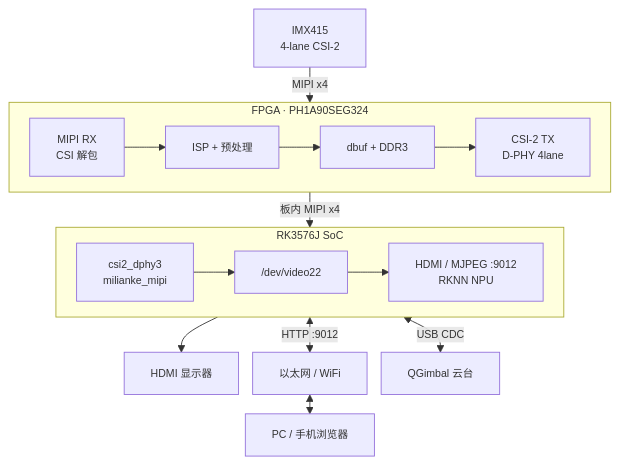
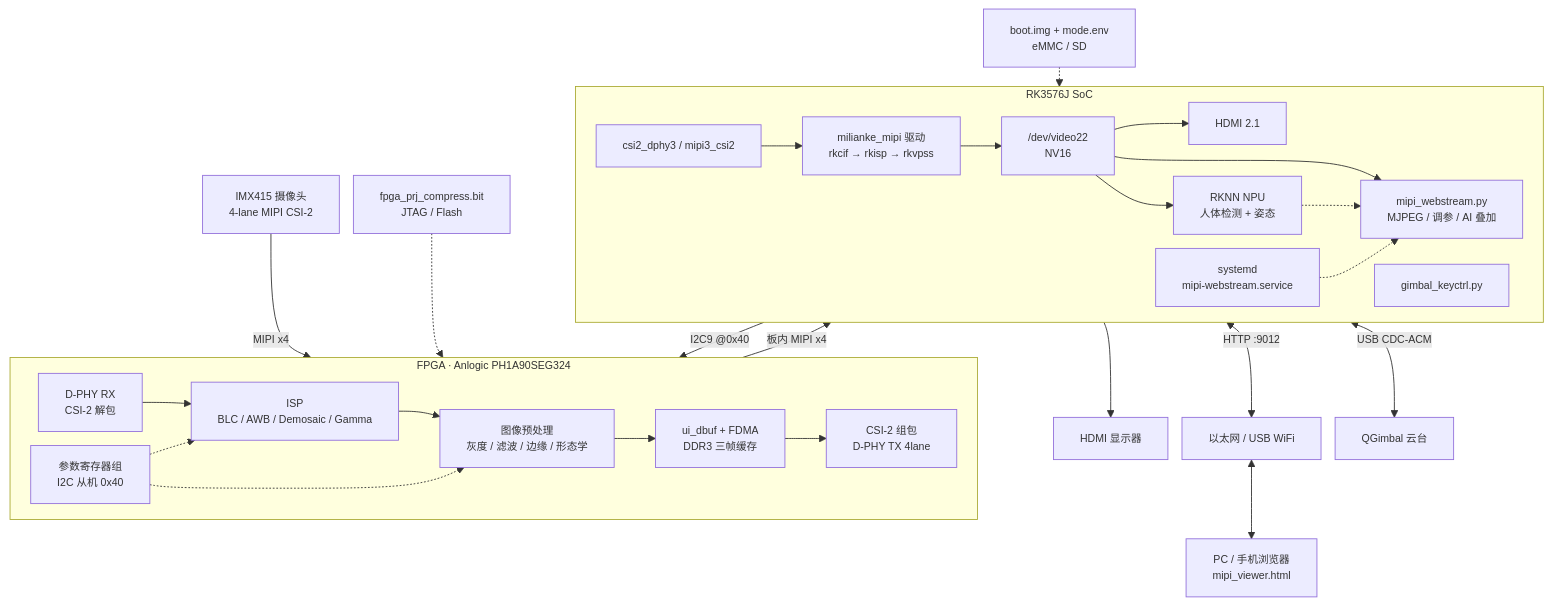
Before and after one commit to SHIKE888/CPA-Cloud-Patrol-Alarm: the first of 3 diagrams in README.md, drawn with Mermaid.

Commit message:
docs: 全系统结构框图恢复为上一版详细布局

````diff
--- a/README.md
+++ b/README.md
@@ -118,25 +118,37 @@
 ```mermaid
 %%{init: {"themeVariables":{"fontSize":"12px"},"flowchart":{"nodeSpacing":16,"rankSpacing":22}}}%%
 flowchart TB
-    CAM["IMX415<br/>4-lane CSI-2"]
+    CAM["IMX415 摄像头<br/>4-lane MIPI CSI-2"]
 
-    subgraph FPGA["FPGA · PH1A90SEG324"]
+    subgraph FPGA["FPGA · Anlogic PH1A90SEG324"]
         direction LR
-        RX["MIPI RX<br/>CSI 解包"] --> ISP["ISP + 预处理"]
-        ISP --> BUF["dbuf + DDR3"]
-        BUF --> TX["CSI-2 TX<br/>D-PHY 4lane"]
+        RX["D-PHY RX<br/>CSI-2 解包"] --> ISP["ISP<br/>BLC / AWB / Demosaic / Gamma"]
+        ISP --> PP["图像预处理<br/>灰度 / 滤波 / 边缘 / 形态学"]
+        PP --> BUF["ui_dbuf + FDMA<br/>DDR3 三帧缓存"]
+        BUF --> TX["CSI-2 组包<br/>D-PHY TX 4lane"]
+        REG["参数寄存器组<br/>I2C 从机 0x40"] -.-> ISP
+        REG -.-> PP
     end
 
     subgraph RK["RK3576J SoC"]
         direction LR
-        CSI["csi2_dphy3<br/>milianke_mipi"] --> V22["/dev/video22"]
-        V22 --> OUT["HDMI / MJPEG :9012<br/>RKNN NPU"]
+        CSI["csi2_dphy3 / mipi3_csi2"] --> DRV["milianke_mipi 驱动<br/>rkcif → rkisp → rkvpss"]
+        DRV --> V22["/dev/video22<br/>NV16"]
+        V22 --> HDMI["HDMI 2.1"]
+        V22 --> SVC["mipi_webstream.py<br/>MJPEG / 调参 / AI 叠加"]
+        V22 --> NPU["RKNN NPU<br/>人体检测 + 姿态"]
+        NPU -.-> SVC
+        GCTRL["gimbal_keyctrl.py"]
+        SYS["systemd<br/>mipi-webstream.service"] -.-> SVC
     end
 
-    CAM -->|MIPI x4| FPGA
-    FPGA -->|板内 MIPI x4| RK
-    RK --> DISP["HDMI 显示器"]
-    RK <-->|HTTP :9012| NET["以太网 / WiFi"]
-    NET <--> CLIENT["PC / 手机浏览器"]
-    RK <-->|USB CDC| GIM["QGimbal 云台"]
+    CAM -->|MIPI x4| RX
+    TX -->|板内 MIPI x4| CSI
+    HDMI --> DISP["HDMI 显示器"]
+    SVC <-->|HTTP :9012| NET["以太网 / USB WiFi"]
+    NET <--> CLIENT["PC / 手机浏览器<br/>mipi_viewer.html"]
+    SVC -->|I2C9 @0x40| REG
+    GCTRL <-->|USB CDC-ACM| GIM["QGimbal 云台"]
+    BIT["fpga_prj_compress.bit<br/>JTAG / Flash"] -.-> FPGA
+    BOOT["boot.img + mode.env<br/>eMMC / SD"] -.-> RK
 ```
````
